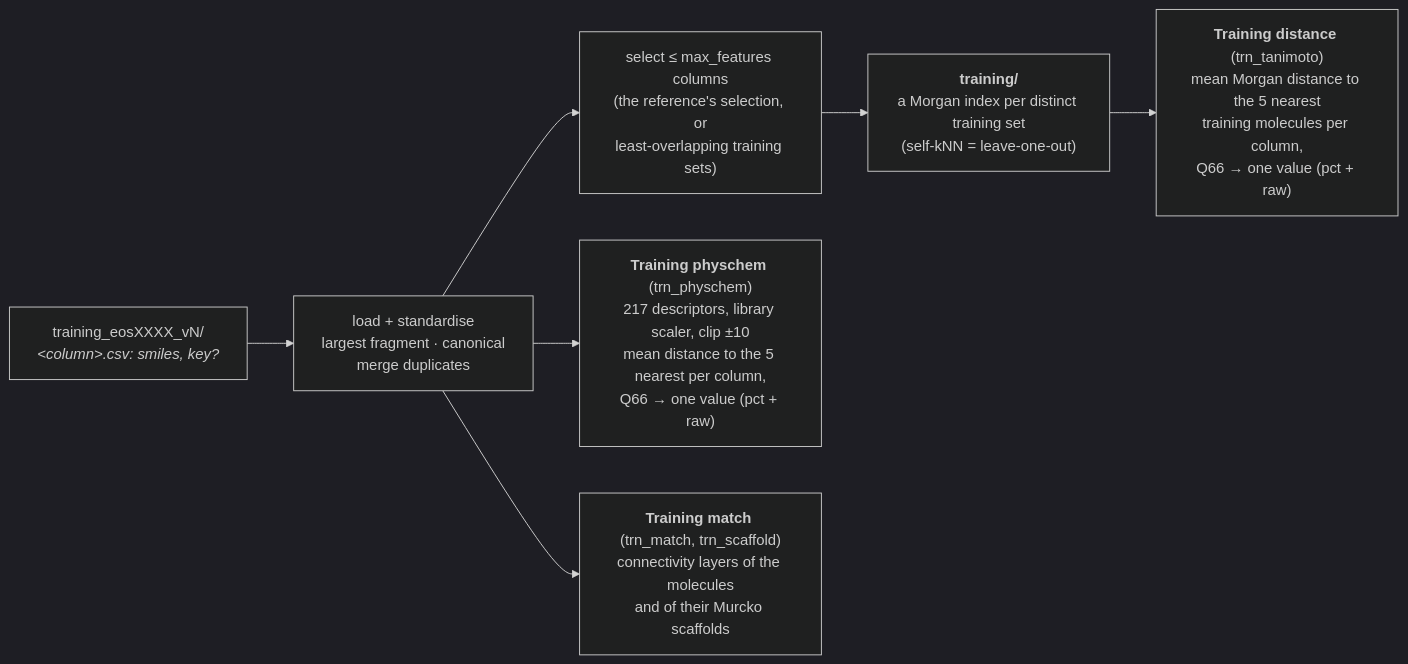
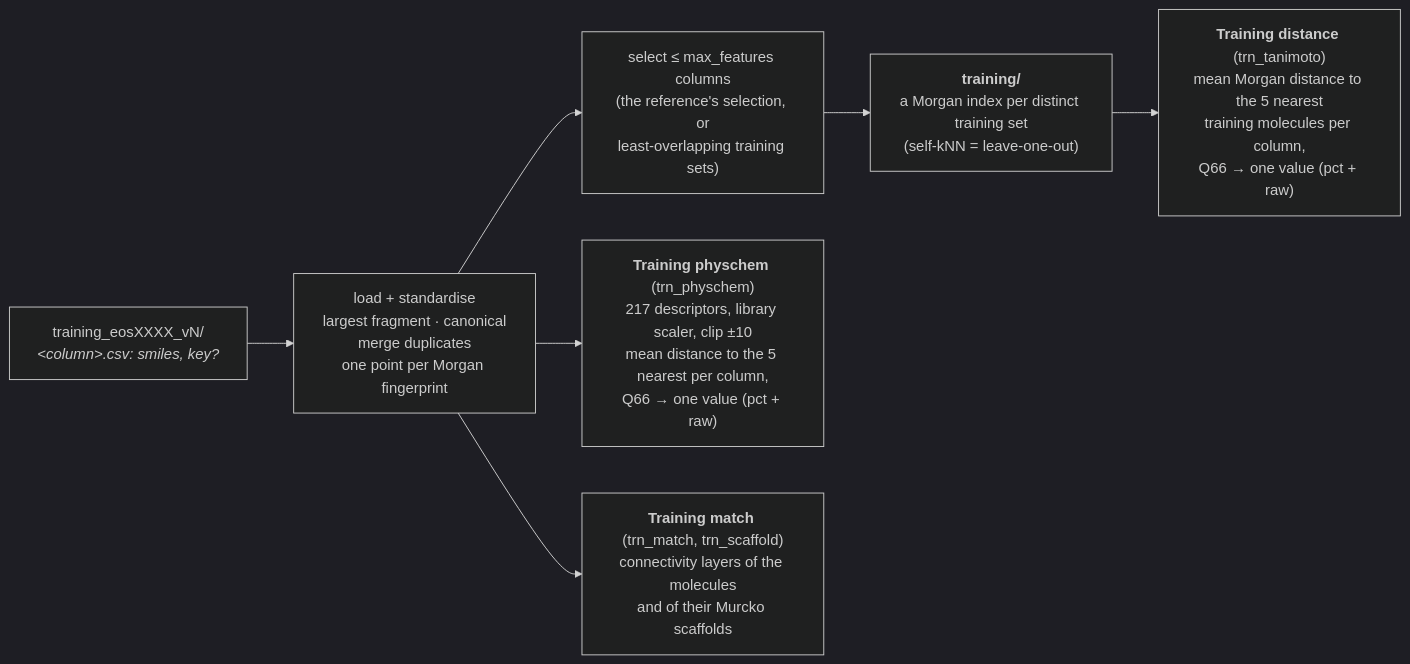
Before and after one commit to ersilia-os/eosquality: the second of 3 diagrams in docs/diagram.md, drawn with Mermaid (dark theme). The commit also changed 9 other files, not shown here.

First line of the commit message:
training: identical Morgan fingerprints are one point to the distance scores (#18)

````diff
--- a/docs/diagram.md
+++ b/docs/diagram.md
@@ -23,9 +23,9 @@
 ```mermaid
 flowchart LR
-    TR["training_eosXXXX_vN/<br/><i>&lt;column&gt;.csv: smiles, key?</i>"] --> LD["load + standardise<br/>largest fragment · canonical<br/>merge duplicates"]
+    TR["training_eosXXXX_vN/<br/><i>&lt;column&gt;.csv: smiles, key?</i>"] --> LD["load + standardise<br/>largest fragment · canonical<br/>merge duplicates<br/>one point per Morgan fingerprint"]
     LD --> SEL["select ≤ max_features columns<br/>(the reference's selection, or<br/>least-overlapping training sets)"]
     SEL --> IDX["<b>training/</b><br/>a Morgan index per distinct training set<br/>(self-kNN = leave-one-out)"]
     IDX --> TD["<b>Training distance</b> (trn_tanimoto)<br/>mean Morgan distance to the 5 nearest<br/>training molecules per column,<br/>Q66 → one value (pct + raw)"]
     LD --> TP["<b>Training physchem</b> (trn_physchem)<br/>217 descriptors, library scaler, clip ±10<br/>mean distance to the 5 nearest per column,<br/>Q66 → one value (pct + raw)"]
     LD --> TM["<b>Training match</b> (trn_match, trn_scaffold)<br/>connectivity layers of the molecules<br/>and of their Murcko scaffolds"]
 ```
````
